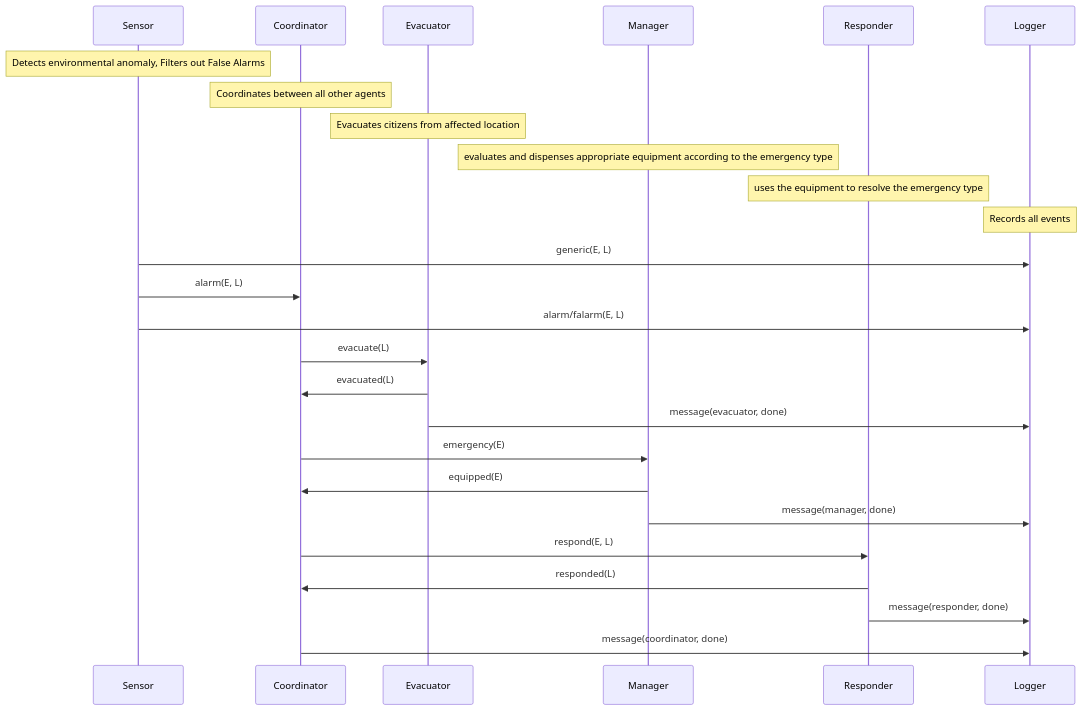
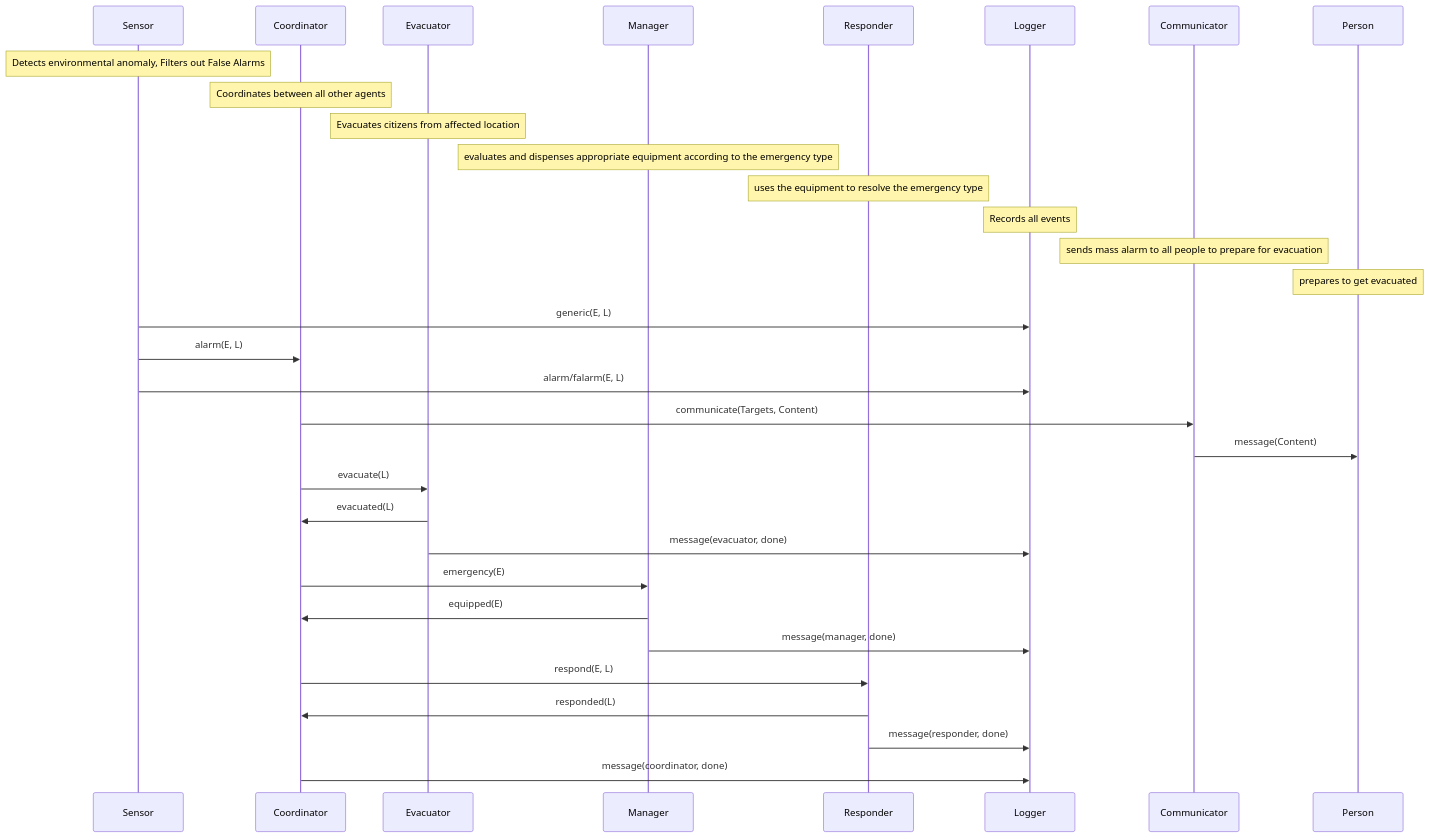
One commit to lollix91/dalia changed the diagram in example/docs/diagrams/sequence.md. Above: the diagram before and after it, drawn with Mermaid. The commit also changed 9 other files, not shown here.

Commit message:
added inform, added communicatorType, updated docs and diagrams

````diff
--- a/example/docs/diagrams/sequence.md
+++ b/example/docs/diagrams/sequence.md
@@ -1,34 +1,41 @@
 ```mermaid
 sequenceDiagram
     participant S as Sensor
     participant C as Coordinator
     participant E as Evacuator
     participant M as Manager
     participant R as Responder
     participant L as Logger
+    participant CC as Communicator
+    participant P as Person
 
     Note over S: Detects environmental anomaly, Filters out False Alarms
     Note over C: Coordinates between all other agents
     Note over E: Evacuates citizens from affected location
     Note over M: evaluates and dispenses appropriate equipment according to the emergency type
     Note over R: uses the equipment to resolve the emergency type
     Note over L: Records all events
+    Note over CC: sends mass alarm to all people to prepare for evacuation
+    Note over P: prepares to get evacuated
 
     S->>L: generic(E, L)
     S->>C: alarm(E, L)
     S->>L: alarm/falarm(E, L)
 
+
+    C->>CC: communicate(Targets, Content)
+    CC->>P: message(Content)
 
     C->>E: evacuate(L)
     E->>C: evacuated(L)
     E->>L: message(evacuator, done)
     C->>M: emergency(E)
     M->>C: equipped(E)
     M->>L: message(manager, done)
     C->>R: respond(E, L)
     R->>C: responded(L)
     R->>L: message(responder, done)
     C->>L: message(coordinator, done)
 
     
 ``` 
````
